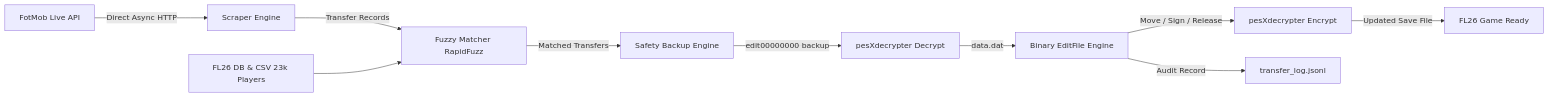
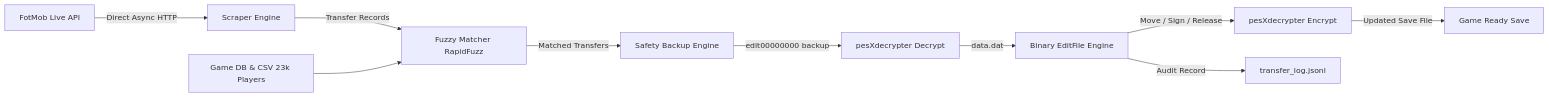
The diagram in README.md (gvoze32/fldailyedit), drawn with Mermaid before and after one commit. The commit also changed other lines of this file and 1 other file, not shown here.

````diff
--- a/README.md
+++ b/README.md
@@ -33,12 +34,12 @@
 ```mermaid
 graph LR
     A[FotMob Live API] -->|Direct Async HTTP| B[Scraper Engine]
     B -->|Transfer Records| C[Fuzzy Matcher RapidFuzz]
-    D[FL26 DB & CSV 23k Players] --> C
+    D[Game DB & CSV 23k Players] --> C
     C -->|Matched Transfers| E[Safety Backup Engine]
     E -->|edit00000000 backup| F[pesXdecrypter Decrypt]
     F -->|data.dat| G[Binary EditFile Engine]
     G -->|Move / Sign / Release| H[pesXdecrypter Encrypt]
-    H -->|Updated Save File| I[FL26 Game Ready]
+    H -->|Updated Save File| I[Game Ready Save]
     G -->|Audit Record| J[transfer_log.jsonl]
 ```
````
